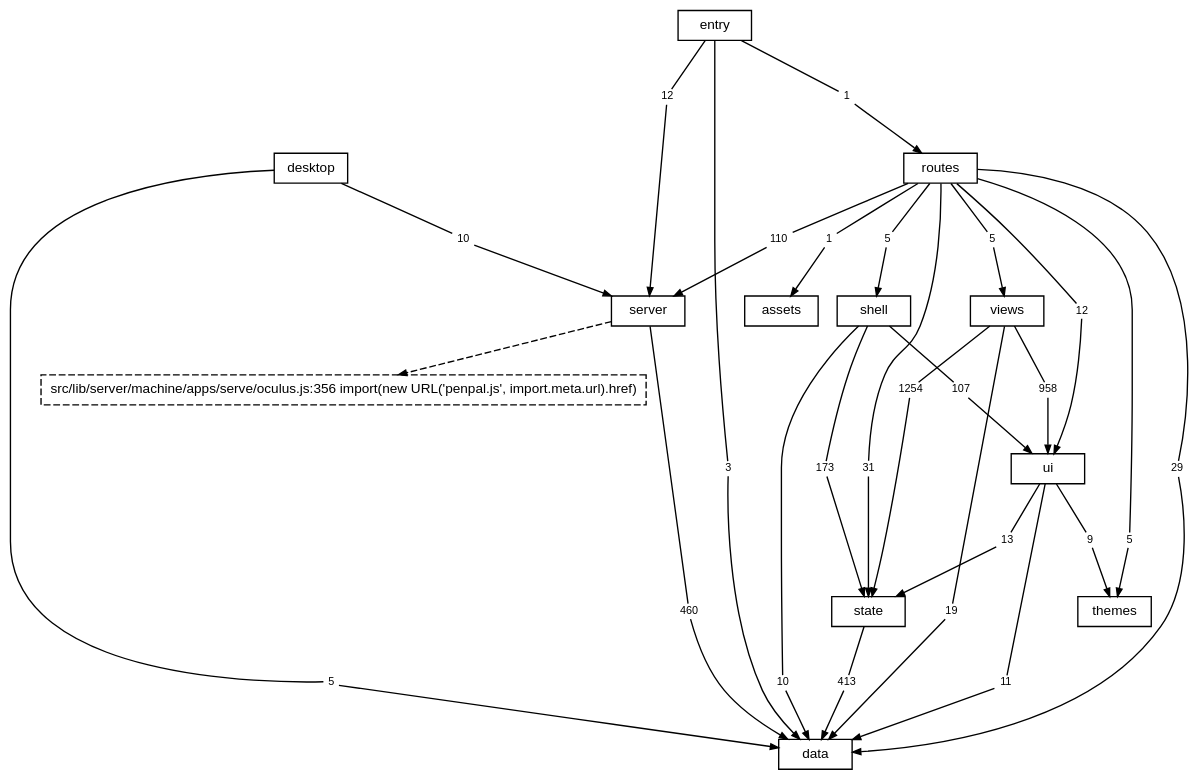
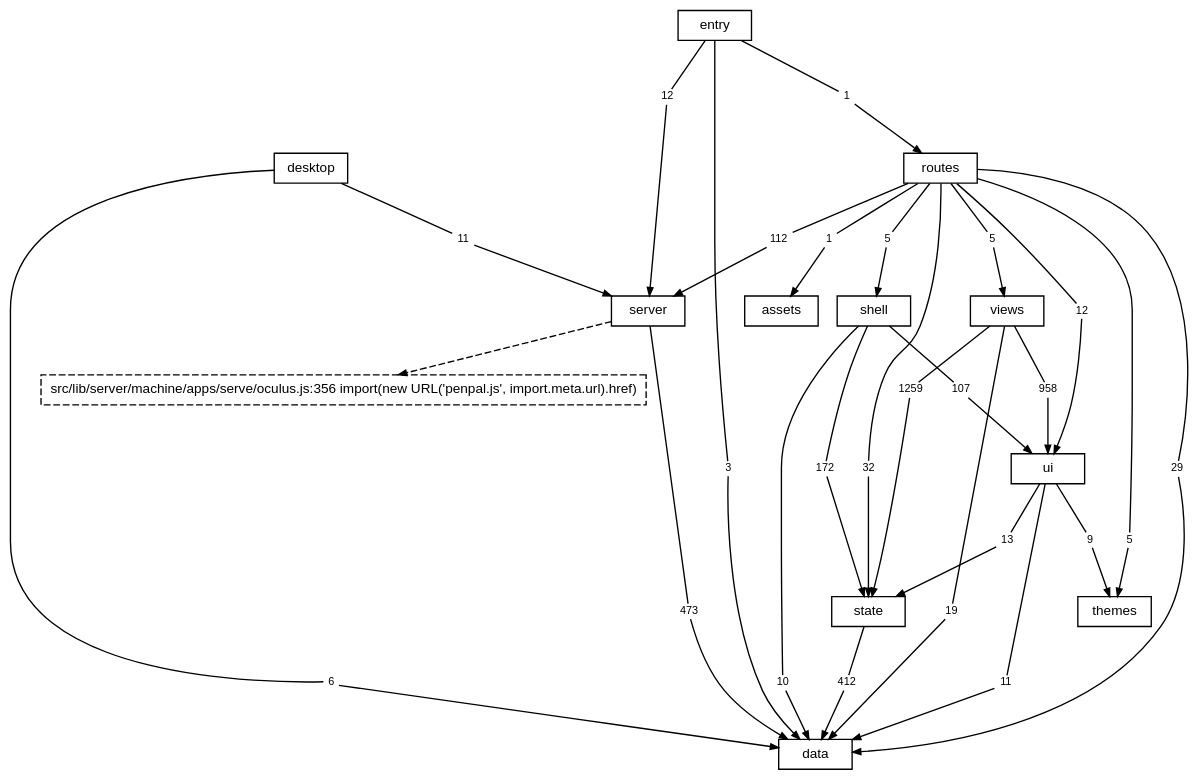
One commit to TheAxeC/oculus changed the diagram in docs/diagrams/layers.dot. Above: the diagram before and after it, drawn with Graphviz. The commit also changed 215 other files, not shown here.

```diff
--- a/docs/diagrams/layers.dot
+++ b/docs/diagrams/layers.dot
@@ -1,90 +1,90 @@
 digraph layers {
     graph [bgcolor="transparent", rankdir=TB, newrank=true, fontname="Helvetica,Arial,sans-serif", fontsize=12, nodesep=0.2, ranksep=0.5];
     node [shape=box, color="black", fontcolor="black", fontname="Helvetica,Arial,sans-serif", fontsize=10, height=0.3, margin="0.12,0.04"];
     edge [color="black", fontcolor="black", fontname="Helvetica,Arial,sans-serif", fontsize=8, arrowsize=0.6];
     "data";
     "server";
     "state";
     "ui";
     "shell";
     "views";
     "themes";
     "routes";
     "desktop";
     "src" [label="entry"];
     "files: assets" [label="assets"];
     "? src/lib/server/machine/apps/serve/oculus.js:356" [label="src/lib/server/machine/apps/serve/oculus.js:356 import(new URL('penpal.js', import.meta.url).href)", style=dashed];
-    "desktop to data" [label="5", shape=box, color="transparent", fontsize=8, width=0, height=0, margin="0.04,0.02"];
+    "desktop to data" [label="6", shape=box, color="transparent", fontsize=8, width=0, height=0, margin="0.04,0.02"];
     "desktop" -> "desktop to data" [arrowhead=none];
     "desktop to data" -> "data" [];
-    "desktop to server" [label="10", shape=box, color="transparent", fontsize=8, width=0, height=0, margin="0.04,0.02"];
+    "desktop to server" [label="11", shape=box, color="transparent", fontsize=8, width=0, height=0, margin="0.04,0.02"];
     "desktop" -> "desktop to server" [arrowhead=none];
     "desktop to server" -> "server" [];
     "routes to data" [label="29", shape=box, color="transparent", fontsize=8, width=0, height=0, margin="0.04,0.02"];
     "routes" -> "routes to data" [arrowhead=none];
     "routes to data" -> "data" [];
     "routes to files: assets" [label="1", shape=box, color="transparent", fontsize=8, width=0, height=0, margin="0.04,0.02"];
     "routes" -> "routes to files: assets" [arrowhead=none];
     "routes to files: assets" -> "files: assets" [];
-    "routes to server" [label="110", shape=box, color="transparent", fontsize=8, width=0, height=0, margin="0.04,0.02"];
+    "routes to server" [label="112", shape=box, color="transparent", fontsize=8, width=0, height=0, margin="0.04,0.02"];
     "routes" -> "routes to server" [arrowhead=none];
     "routes to server" -> "server" [];
     "routes to shell" [label="5", shape=box, color="transparent", fontsize=8, width=0, height=0, margin="0.04,0.02"];
     "routes" -> "routes to shell" [arrowhead=none];
     "routes to shell" -> "shell" [];
-    "routes to state" [label="31", shape=box, color="transparent", fontsize=8, width=0, height=0, margin="0.04,0.02"];
+    "routes to state" [label="32", shape=box, color="transparent", fontsize=8, width=0, height=0, margin="0.04,0.02"];
     "routes" -> "routes to state" [arrowhead=none];
     "routes to state" -> "state" [];
     "routes to themes" [label="5", shape=box, color="transparent", fontsize=8, width=0, height=0, margin="0.04,0.02"];
     "routes" -> "routes to themes" [arrowhead=none];
     "routes to themes" -> "themes" [];
     "routes to ui" [label="12", shape=box, color="transparent", fontsize=8, width=0, height=0, margin="0.04,0.02"];
     "routes" -> "routes to ui" [arrowhead=none];
     "routes to ui" -> "ui" [];
     "routes to views" [label="5", shape=box, color="transparent", fontsize=8, width=0, height=0, margin="0.04,0.02"];
     "routes" -> "routes to views" [arrowhead=none];
     "routes to views" -> "views" [];
-    "server to data" [label="460", shape=box, color="transparent", fontsize=8, width=0, height=0, margin="0.04,0.02"];
+    "server to data" [label="473", shape=box, color="transparent", fontsize=8, width=0, height=0, margin="0.04,0.02"];
     "server" -> "server to data" [arrowhead=none];
     "server to data" -> "data" [];
     "shell to data" [label="10", shape=box, color="transparent", fontsize=8, width=0, height=0, margin="0.04,0.02"];
     "shell" -> "shell to data" [arrowhead=none];
     "shell to data" -> "data" [];
-    "shell to state" [label="173", shape=box, color="transparent", fontsize=8, width=0, height=0, margin="0.04,0.02"];
+    "shell to state" [label="172", shape=box, color="transparent", fontsize=8, width=0, height=0, margin="0.04,0.02"];
     "shell" -> "shell to state" [arrowhead=none];
     "shell to state" -> "state" [];
     "shell to ui" [label="107", shape=box, color="transparent", fontsize=8, width=0, height=0, margin="0.04,0.02"];
     "shell" -> "shell to ui" [arrowhead=none];
     "shell to ui" -> "ui" [];
     "src to data" [label="3", shape=box, color="transparent", fontsize=8, width=0, height=0, margin="0.04,0.02"];
     "src" -> "src to data" [arrowhead=none];
     "src to data" -> "data" [];
     "src to routes" [label="1", shape=box, color="transparent", fontsize=8, width=0, height=0, margin="0.04,0.02"];
     "src" -> "src to routes" [arrowhead=none];
     "src to routes" -> "routes" [];
     "src to server" [label="12", shape=box, color="transparent", fontsize=8, width=0, height=0, margin="0.04,0.02"];
     "src" -> "src to server" [arrowhead=none];
     "src to server" -> "server" [];
-    "state to data" [label="413", shape=box, color="transparent", fontsize=8, width=0, height=0, margin="0.04,0.02"];
+    "state to data" [label="412", shape=box, color="transparent", fontsize=8, width=0, height=0, margin="0.04,0.02"];
     "state" -> "state to data" [arrowhead=none];
     "state to data" -> "data" [];
     "ui to data" [label="11", shape=box, color="transparent", fontsize=8, width=0, height=0, margin="0.04,0.02"];
     "ui" -> "ui to data" [arrowhead=none];
     "ui to data" -> "data" [];
     "ui to state" [label="13", shape=box, color="transparent", fontsize=8, width=0, height=0, margin="0.04,0.02"];
     "ui" -> "ui to state" [arrowhead=none];
     "ui to state" -> "state" [];
     "ui to themes" [label="9", shape=box, color="transparent", fontsize=8, width=0, height=0, margin="0.04,0.02"];
     "ui" -> "ui to themes" [arrowhead=none];
     "ui to themes" -> "themes" [];
     "views to data" [label="19", shape=box, color="transparent", fontsize=8, width=0, height=0, margin="0.04,0.02"];
     "views" -> "views to data" [arrowhead=none];
     "views to data" -> "data" [];
-    "views to state" [label="1254", shape=box, color="transparent", fontsize=8, width=0, height=0, margin="0.04,0.02"];
+    "views to state" [label="1259", shape=box, color="transparent", fontsize=8, width=0, height=0, margin="0.04,0.02"];
     "views" -> "views to state" [arrowhead=none];
     "views to state" -> "state" [];
     "views to ui" [label="958", shape=box, color="transparent", fontsize=8, width=0, height=0, margin="0.04,0.02"];
     "views" -> "views to ui" [arrowhead=none];
     "views to ui" -> "ui" [];
     "server" -> "? src/lib/server/machine/apps/serve/oculus.js:356" [style=dashed];
 }
```
